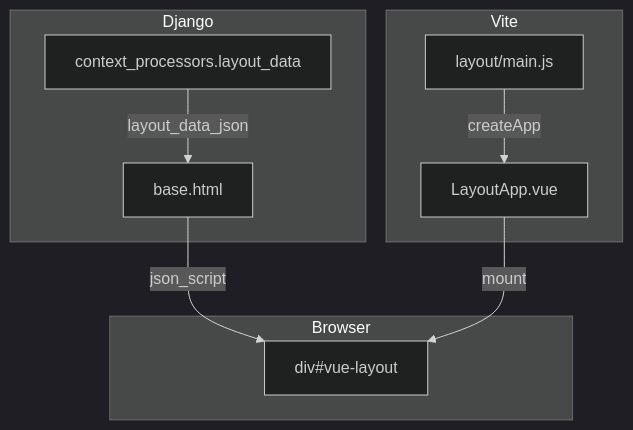
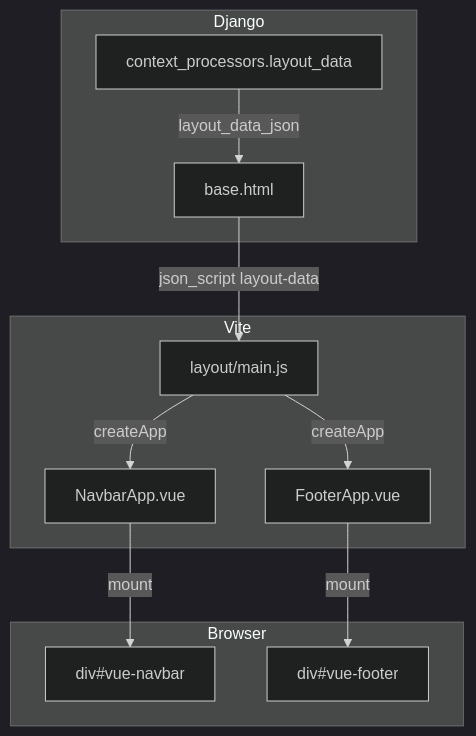
Before and after one commit to danieldavid-23/agrosft: the fifth of 6 diagrams in docs/ARCHITECTURE.md, drawn with Mermaid (dark theme). The commit also changed other lines of this file and 52 other files, not shown here.

````diff
--- a/docs/ARCHITECTURE.md
+++ b/docs/ARCHITECTURE.md
@@ -194,19 +226,23 @@
 ```mermaid
 graph TB
     subgraph Django
         CP[context_processors.layout_data]
         Template[base.html]
     end
     subgraph Vite
         LayoutJS[layout/main.js]
-        LayoutVue[LayoutApp.vue]
+        NavbarVue[NavbarApp.vue]
+        FooterVue[FooterApp.vue]
     end
     subgraph Browser
-        DOM[div#vue-layout]
+        NavbarDOM[div#vue-navbar]
+        FooterDOM[div#vue-footer]
     end
 
     CP -->|layout_data_json| Template
-    Template -->|json_script| DOM
-    LayoutJS -->|createApp| LayoutVue
-    LayoutVue -->|mount| DOM
+    Template -->|json_script layout-data| LayoutJS
+    LayoutJS -->|createApp| NavbarVue
+    LayoutJS -->|createApp| FooterVue
+    NavbarVue -->|mount| NavbarDOM
+    FooterVue -->|mount| FooterDOM
 ```
````
